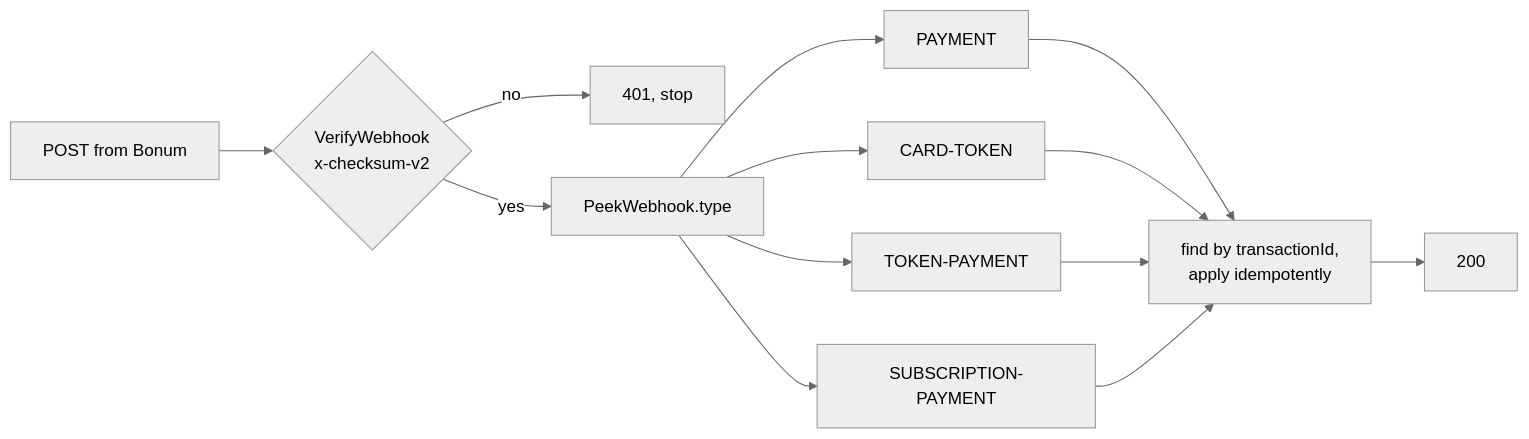
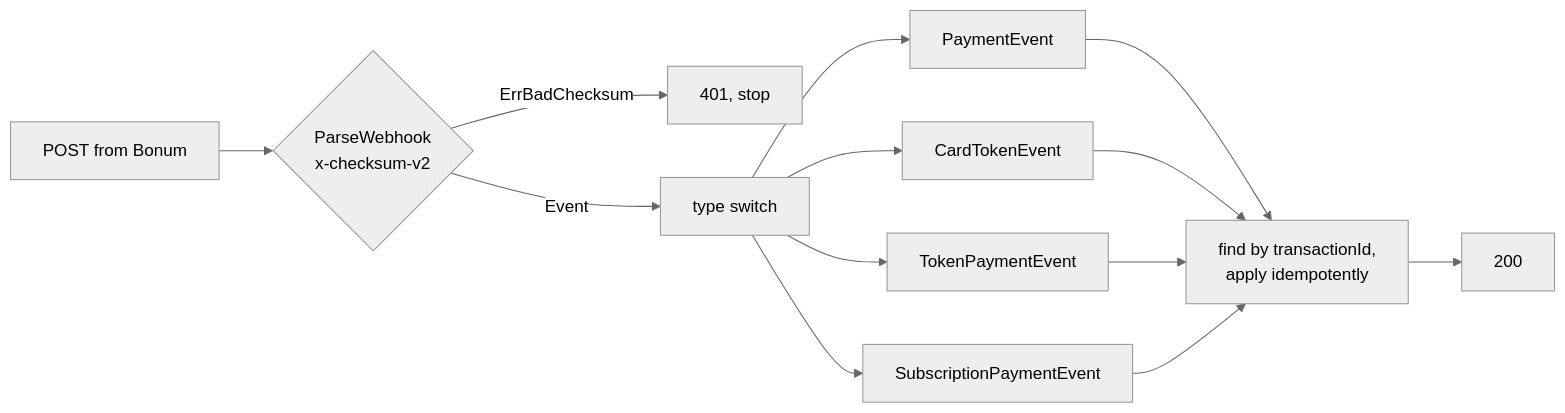
One commit to techpartners-asia/bonum-go changed the seventh of 7 diagrams in FLOW.md. Above: the diagram before and after it, drawn with Mermaid (neutral theme). The commit also changed other lines of this file and 47 other files, not shown here.

````diff
--- a/FLOW.md
+++ b/FLOW.md
@@ -198,8 +200,8 @@
 ```mermaid
 flowchart LR
-    R[POST from Bonum] --> V{VerifyWebhook<br/>x-checksum-v2}
-    V -- no --> U[401, stop]
-    V -- yes --> P[PeekWebhook.type]
-    P --> PAY[PAYMENT] & TOK[CARD-TOKEN] & TP[TOKEN-PAYMENT] & SUB[SUBSCRIPTION-PAYMENT]
+    R[POST from Bonum] --> V{ParseWebhook<br/>x-checksum-v2}
+    V -- ErrBadChecksum --> U[401, stop]
+    V -- Event --> P[type switch]
+    P --> PAY[PaymentEvent] & TOK[CardTokenEvent] & TP[TokenPaymentEvent] & SUB[SubscriptionPaymentEvent]
     PAY & TOK & TP & SUB --> F[find by transactionId,<br/>apply idempotently] --> OK[200]
 ```
````
